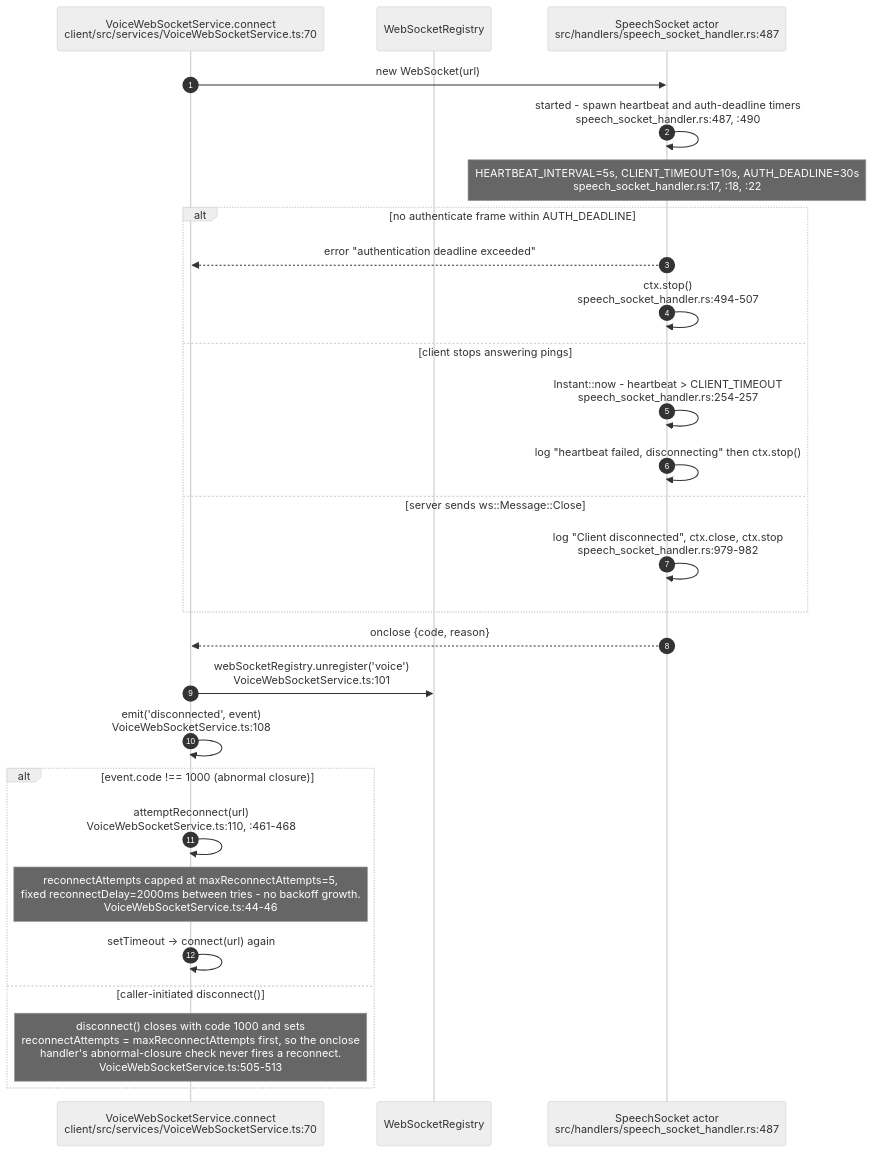
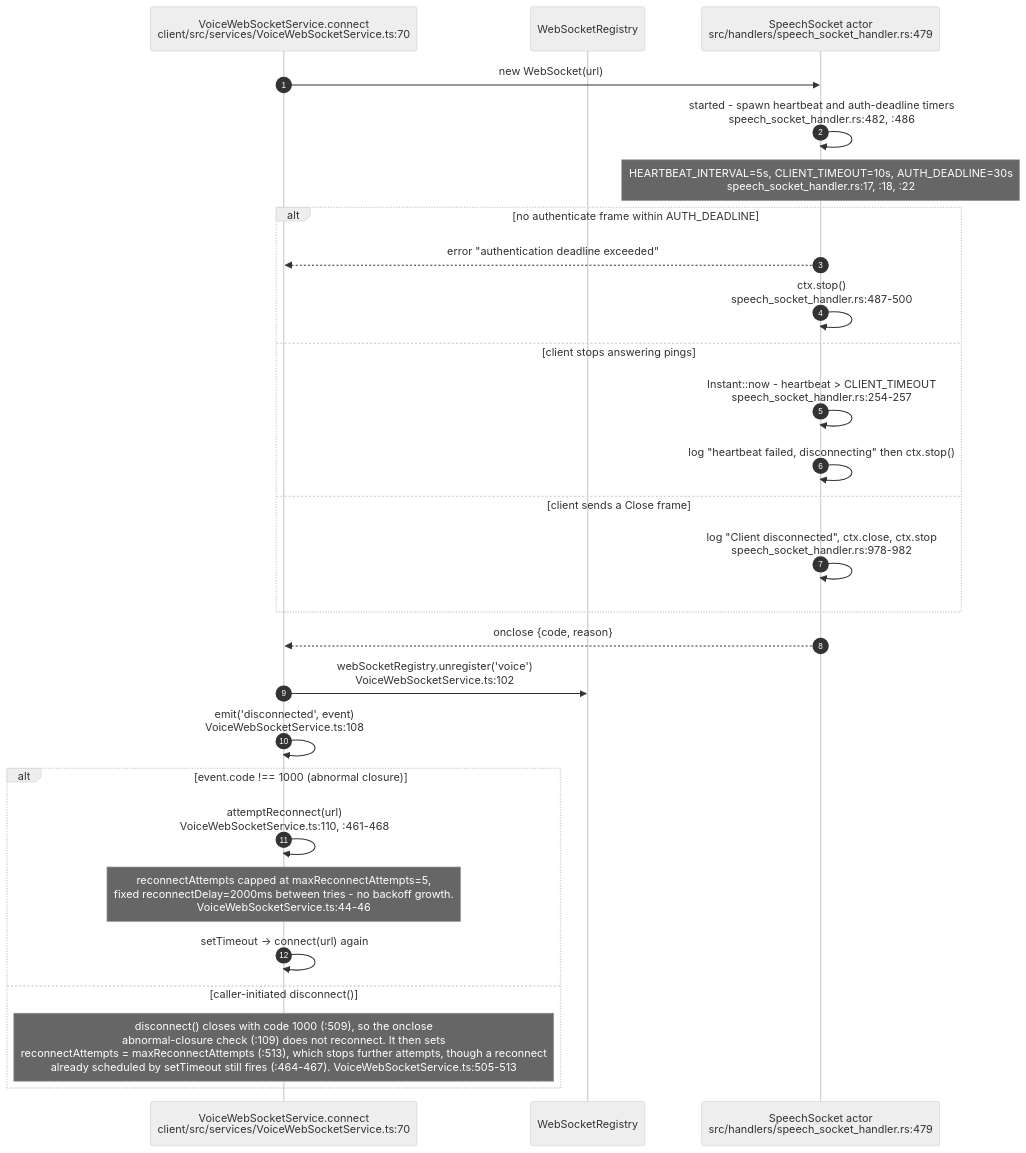
Before and after one commit to DreamLab-AI/VisionFlow: diagram 12 of 12 in docs/diagrams/visionclaw/35-voice-end-to-end.md, drawn with Mermaid (neutral theme). The commit also changed other lines of this file and 173 other files, not shown here.

````diff
--- a/docs/diagrams/visionclaw/35-voice-end-to-end.md
+++ b/docs/diagrams/visionclaw/35-voice-end-to-end.md
@@ -544,30 +588,30 @@
 ```mermaid
 sequenceDiagram
     autonumber
     participant VW as VoiceWebSocketService.connect<br/>client/src/services/VoiceWebSocketService.ts:70
     participant REG as WebSocketRegistry
-    participant SS as SpeechSocket actor<br/>src/handlers/speech_socket_handler.rs:487
+    participant SS as SpeechSocket actor<br/>src/handlers/speech_socket_handler.rs:479
 
     VW->>SS: new WebSocket(url)
-    SS->>SS: started - spawn heartbeat and auth-deadline timers<br/>speech_socket_handler.rs:487, :490
+    SS->>SS: started - spawn heartbeat and auth-deadline timers<br/>speech_socket_handler.rs:482, :486
     Note over SS: HEARTBEAT_INTERVAL=5s, CLIENT_TIMEOUT=10s, AUTH_DEADLINE=30s<br/>speech_socket_handler.rs:17, :18, :22
     alt no authenticate frame within AUTH_DEADLINE
         SS-->>VW: error "authentication deadline exceeded"
-        SS->>SS: ctx.stop()<br/>speech_socket_handler.rs:494-507
+        SS->>SS: ctx.stop()<br/>speech_socket_handler.rs:487-500
     else client stops answering pings
         SS->>SS: Instant::now - heartbeat > CLIENT_TIMEOUT<br/>speech_socket_handler.rs:254-257
         SS->>SS: log "heartbeat failed, disconnecting" then ctx.stop()
-    else server sends ws::Message::Close
-        SS->>SS: log "Client disconnected", ctx.close, ctx.stop<br/>speech_socket_handler.rs:979-982
+    else client sends a Close frame
+        SS->>SS: log "Client disconnected", ctx.close, ctx.stop<br/>speech_socket_handler.rs:978-982
     end
     SS-->>VW: onclose {code, reason}
-    VW->>REG: webSocketRegistry.unregister('voice')<br/>VoiceWebSocketService.ts:101
+    VW->>REG: webSocketRegistry.unregister('voice')<br/>VoiceWebSocketService.ts:102
     VW->>VW: emit('disconnected', event)<br/>VoiceWebSocketService.ts:108
     alt event.code !== 1000 (abnormal closure)
         VW->>VW: attemptReconnect(url)<br/>VoiceWebSocketService.ts:110, :461-468
         Note over VW: reconnectAttempts capped at maxReconnectAttempts=5,<br/>fixed reconnectDelay=2000ms between tries - no backoff growth.<br/>VoiceWebSocketService.ts:44-46
         VW->>VW: setTimeout -> connect(url) again
     else caller-initiated disconnect()
-        Note over VW: disconnect() closes with code 1000 and sets<br/>reconnectAttempts = maxReconnectAttempts first, so the onclose<br/>handler's abnormal-closure check never fires a reconnect.<br/>VoiceWebSocketService.ts:505-513
+        Note over VW: disconnect() closes with code 1000 (:509), so the onclose<br/>abnormal-closure check (:109) does not reconnect. It then sets<br/>reconnectAttempts = maxReconnectAttempts (:513), which stops further attempts, though a reconnect<br/>already scheduled by setTimeout still fires (:464-467). VoiceWebSocketService.ts:505-513
     end
 ```
````
